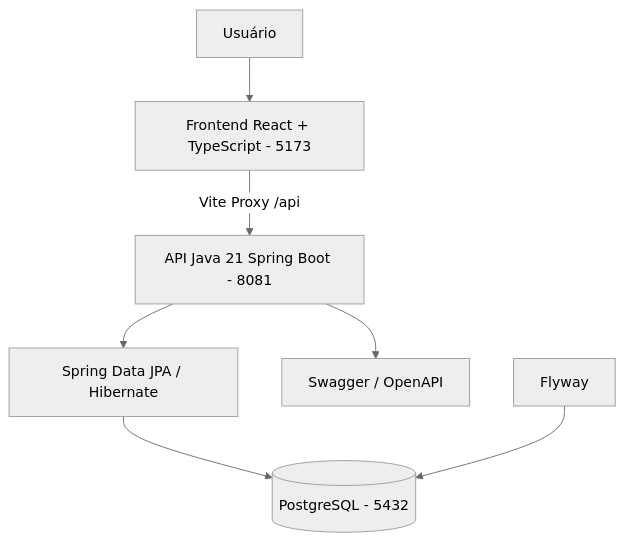
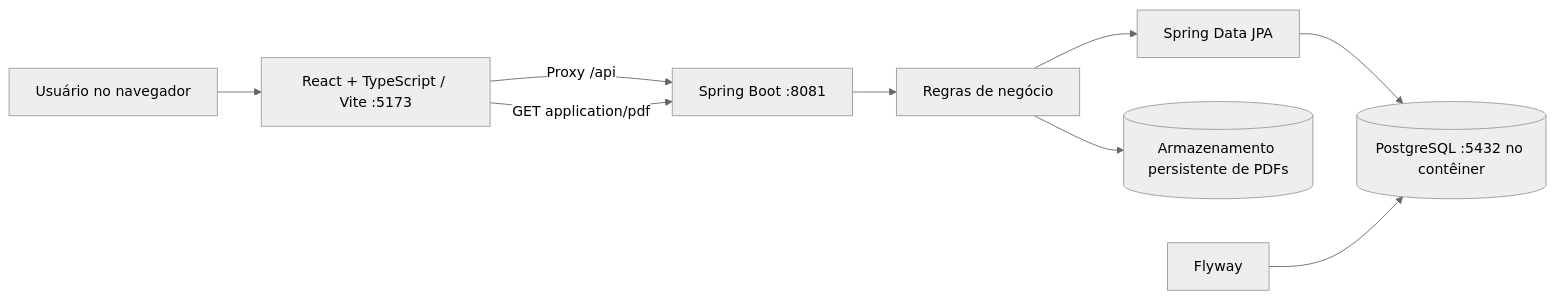
Before and after one commit to juceliocoelho2022/livrostock-fullstack: the first of 3 diagrams in docs/ARQUITETURA.md, drawn with Mermaid (neutral theme). The commit also changed other lines of this file, not shown here.

````diff
--- a/docs/ARQUITETURA.md
+++ b/docs/ARQUITETURA.md
@@ -5,9 +5,11 @@
 ```mermaid
-flowchart TD
-  U[Usuário] --> F[Frontend React + TypeScript - 5173]
-  F -->|Vite Proxy /api| B[API Java 21 Spring Boot - 8081]
-  B --> J[Spring Data JPA / Hibernate]
-  J --> P[(PostgreSQL - 5432)]
-  B --> S[Swagger / OpenAPI]
-  M[Flyway] --> P
+flowchart LR
+  U[Usuário no navegador] --> F[React + TypeScript / Vite :5173]
+  F -->|Proxy /api| A[Spring Boot :8081]
+  A --> S[Regras de negócio]
+  S --> J[Spring Data JPA]
+  J --> DB[(PostgreSQL :5432 no contêiner)]
+  S --> FS[(Armazenamento persistente de PDFs)]
+  F -->|GET application/pdf| A
+  M[Flyway] --> DB
 ```
````
